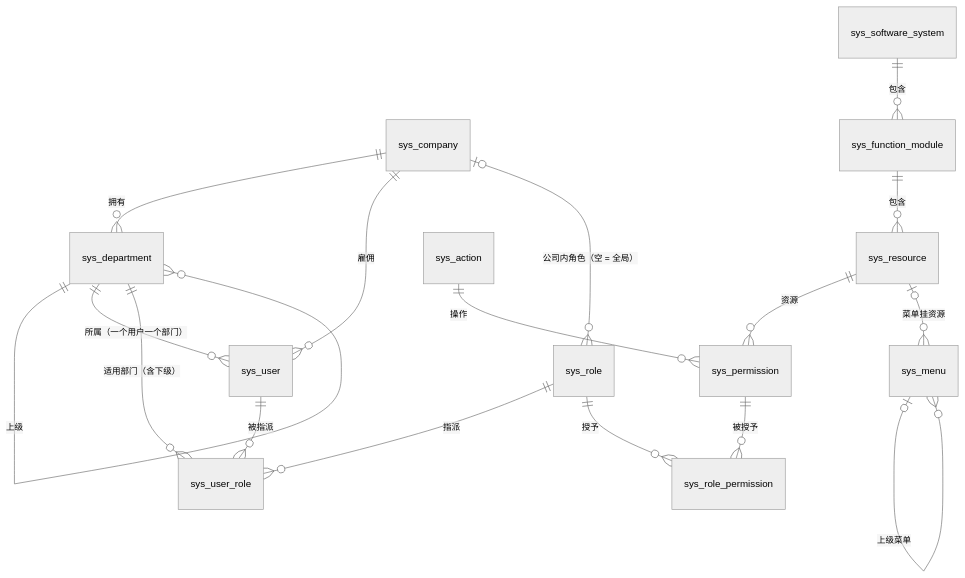
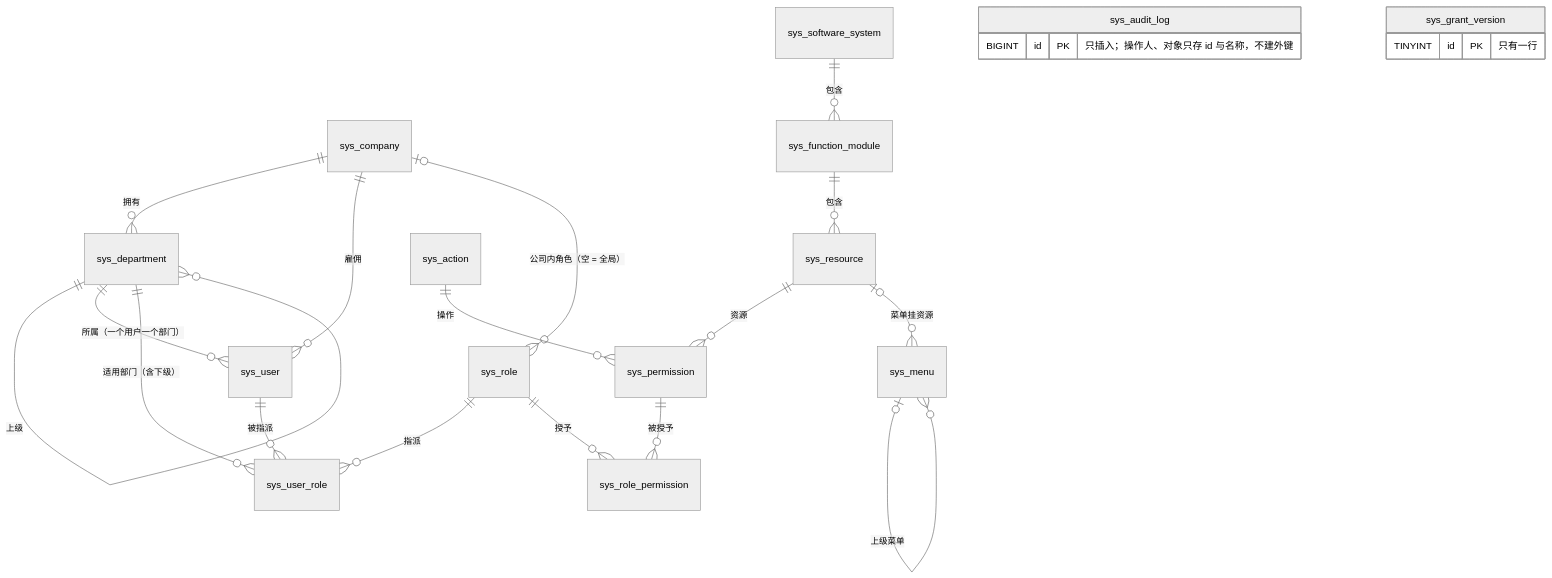
The diagram in docs/03-database.md (vintcessun/OOAD), drawn with Mermaid (neutral theme) before and after one commit. The commit also changed other lines of this file and 16 other files, not shown here.

````diff
--- a/docs/03-database.md
+++ b/docs/03-database.md
@@ -24,19 +24,25 @@
 ```mermaid
 erDiagram
     sys_company ||--o{ sys_department : "拥有"
     sys_department ||--o{ sys_department : "上级"
     sys_company ||--o{ sys_user : "雇佣"
     sys_department ||--o{ sys_user : "所属（一个用户一个部门）"
     sys_user ||--o{ sys_user_role : "被指派"
     sys_role ||--o{ sys_user_role : "指派"
     sys_department ||--o{ sys_user_role : "适用部门（含下级）"
     sys_company |o--o{ sys_role : "公司内角色（空 = 全局）"
     sys_role ||--o{ sys_role_permission : "授予"
     sys_permission ||--o{ sys_role_permission : "被授予"
     sys_software_system ||--o{ sys_function_module : "包含"
     sys_function_module ||--o{ sys_resource : "包含"
     sys_resource ||--o{ sys_permission : "资源"
     sys_action ||--o{ sys_permission : "操作"
     sys_resource |o--o{ sys_menu : "菜单挂资源"
     sys_menu |o--o{ sys_menu : "上级菜单"
+    sys_audit_log {
+        BIGINT id PK "只插入；操作人、对象只存 id 与名称，不建外键"
+    }
+    sys_grant_version {
+        TINYINT id PK "只有一行"
+    }
 ```
````
